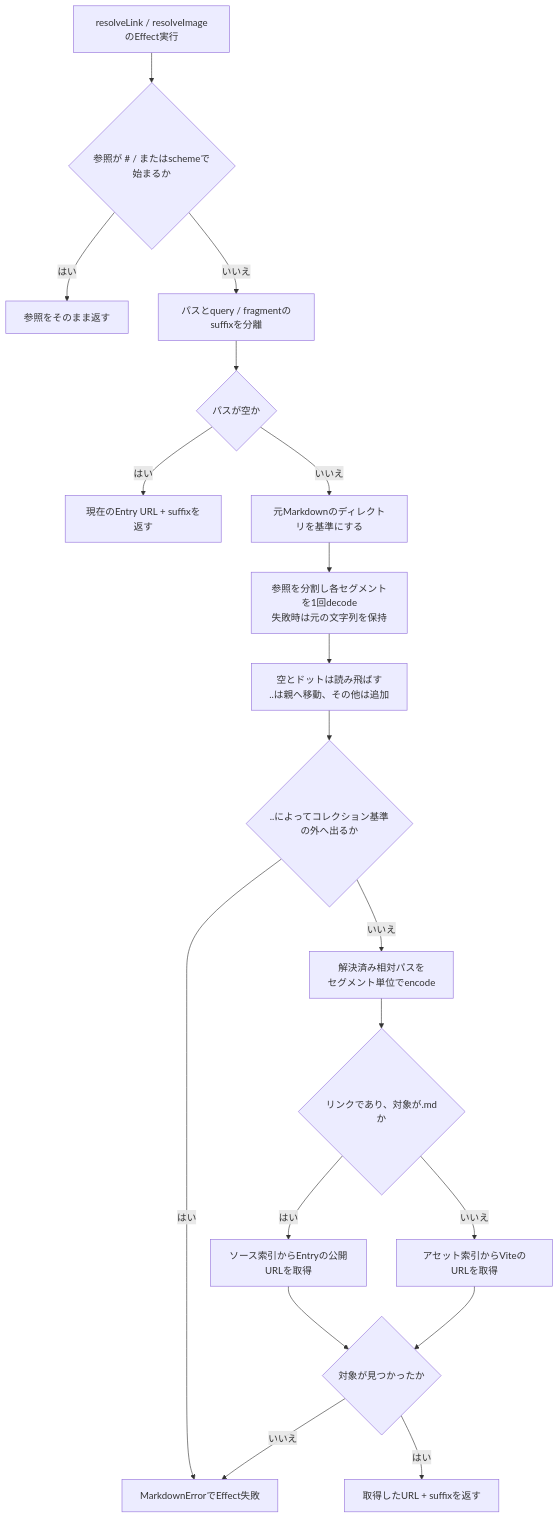
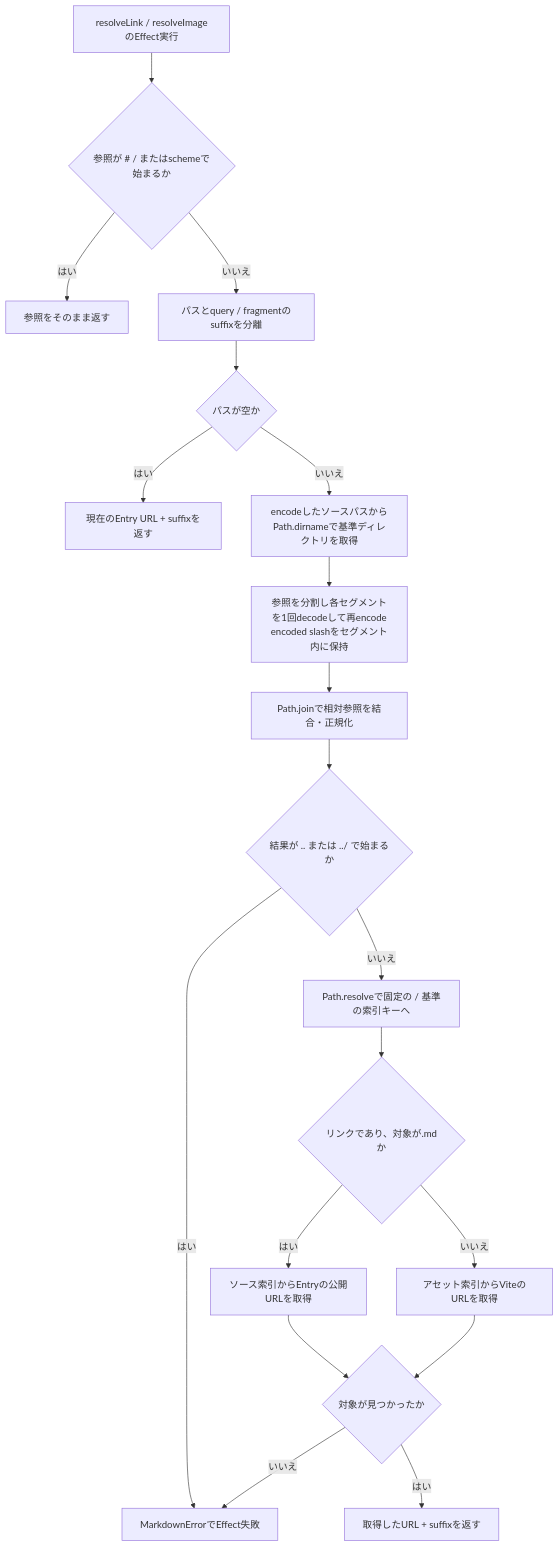
The third of 3 diagrams in docs/MARKDOWN.md (totto2727-org/effective-rsc), drawn with Mermaid before and after one commit. The commit also changed other lines of this file and 24 other files, not shown here.

````diff
--- a/docs/MARKDOWN.md
+++ b/docs/MARKDOWN.md
@@ -94,21 +98,21 @@
 ```mermaid
 flowchart TD
     A["resolveLink / resolveImageのEffect実行"] --> B{"参照が # / またはschemeで始まるか"}
     B -->|はい| C["参照をそのまま返す"]
     B -->|いいえ| D["パスとquery / fragmentのsuffixを分離"]
     D --> E{"パスが空か"}
     E -->|はい| F["現在のEntry URL + suffixを返す"]
-    E -->|いいえ| G["元Markdownのディレクトリを基準にする"]
-    G --> H["参照を分割し各セグメントを1回decode<br/>失敗時は元の文字列を保持"]
-    H --> I["空とドットは読み飛ばす<br/>..は親へ移動、その他は追加"]
-    I --> J{"..によってコレクション基準の外へ出るか"}
+    E -->|いいえ| G["encodeしたソースパスからPath.dirnameで基準ディレクトリを取得"]
+    G --> H["参照を分割し各セグメントを1回decodeして再encode<br/>encoded slashをセグメント内に保持"]
+    H --> I["Path.joinで相対参照を結合・正規化"]
+    I --> J{"結果が .. または ../ で始まるか"}
     J -->|はい| X["MarkdownErrorでEffect失敗"]
-    J -->|いいえ| K["解決済み相対パスを<br/>セグメント単位でencode"]
+    J -->|いいえ| K["Path.resolveで固定の / 基準の索引キーへ"]
     K --> L{"リンクであり、対象が.mdか"}
     L -->|はい| M["ソース索引からEntryの公開URLを取得"]
     L -->|いいえ| N["アセット索引からViteのURLを取得"]
     M --> O{"対象が見つかったか"}
     N --> O
     O -->|いいえ| X
     O -->|はい| P["取得したURL + suffixを返す"]
 ```
````
